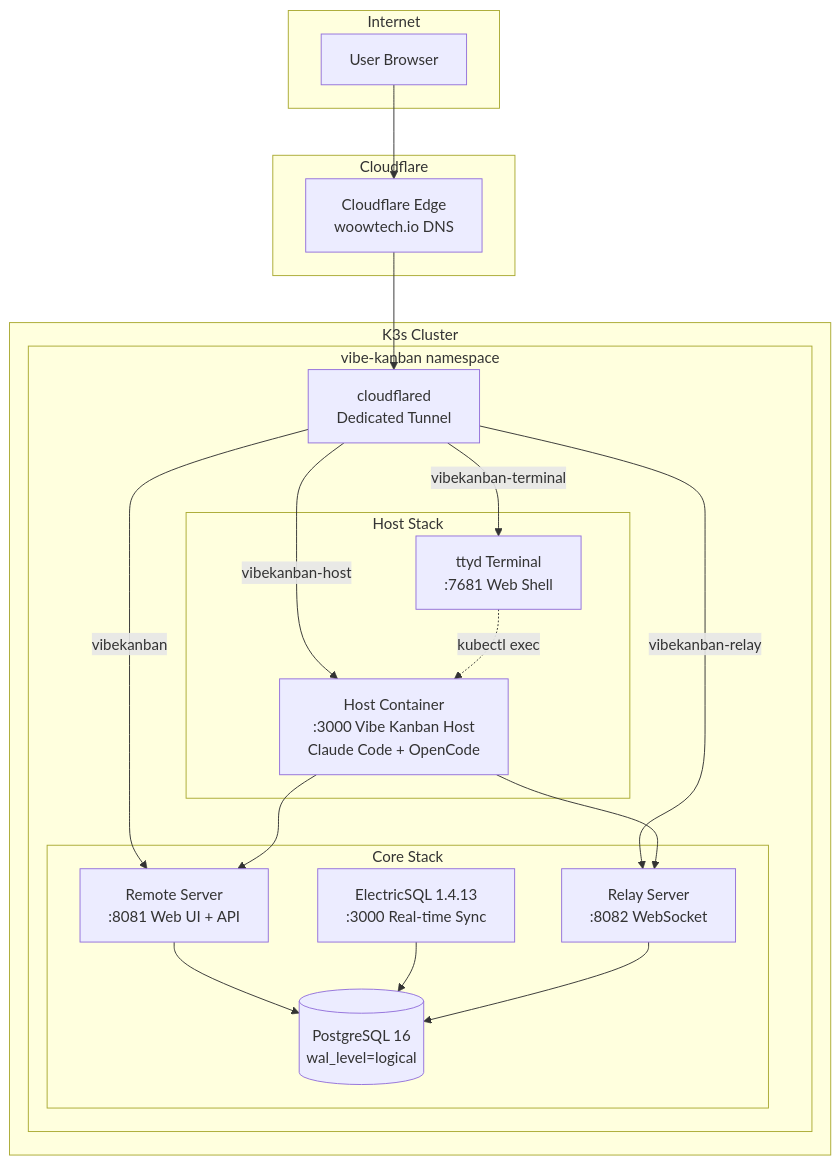
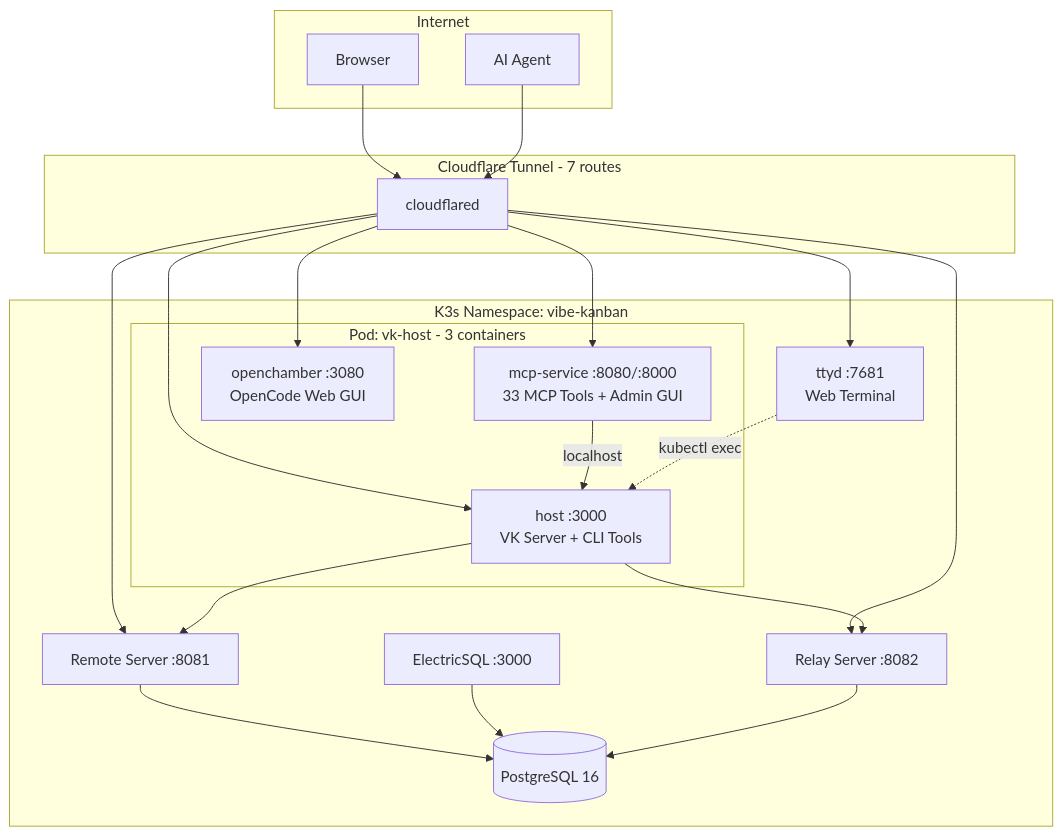
One commit to WOOWTECH/Woow_vibekanban_docker_compose_all changed the diagram in README.md. Above: the diagram before and after it, drawn with Mermaid. The commit also changed other lines of this file and 1 other file, not shown here.

First line of the commit message:
Update K3s manifests: OpenChamber sidecar, MCP service, config sharing

````diff
--- a/README.md
+++ b/README.md
@@ -80,41 +24,31 @@
 ```mermaid
 graph TB
     subgraph Internet
-        User[User Browser]
+        User[Browser]
+        Agent[AI Agent]
     end
-
-    subgraph Cloudflare
-        CF[Cloudflare Edge<br/>woowtech.io DNS]
+    subgraph CF[Cloudflare Tunnel - 7 routes]
+        CFD[cloudflared]
     end
-
-    subgraph K3s Cluster
-        subgraph vibe-kanban namespace
-            CFD[cloudflared<br/>Dedicated Tunnel]
-
-            subgraph Core Stack
-                DB[(PostgreSQL 16<br/>wal_level=logical)]
-                Remote[Remote Server<br/>:8081 Web UI + API]
-                Electric[ElectricSQL 1.4.13<br/>:3000 Real-time Sync]
-                Relay[Relay Server<br/>:8082 WebSocket]
-            end
-
-            subgraph Host Stack
-                Host[Host Container<br/>:3000 Vibe Kanban Host<br/>Claude Code + OpenCode]
-                Terminal[ttyd Terminal<br/>:7681 Web Shell]
-            end
+    subgraph K3s[K3s Namespace: vibe-kanban]
+        DB[(PostgreSQL 16)]
+        Remote[Remote Server :8081]
+        Electric[ElectricSQL :3000]
+        Relay[Relay Server :8082]
+        subgraph HostPod[Pod: vk-host - 3 containers]
+            Host[host :3000<br/>VK Server + CLI Tools]
+            MCP[mcp-service :8080/:8000<br/>33 MCP Tools + Admin GUI]
+            OC[openchamber :3080<br/>OpenCode Web GUI]
         end
+        Terminal[ttyd :7681<br/>Web Terminal]
     end
-
-    User --> CF --> CFD
-    CFD -->|vibekanban| Remote
-    CFD -->|vibekanban-relay| Relay
-    CFD -->|vibekanban-host| Host
-    CFD -->|vibekanban-terminal| Terminal
-
+    User --> CFD
+    Agent --> CFD
+    CFD --> Remote & Relay & Host & MCP & OC & Terminal
     Remote --> DB
     Electric --> DB
     Relay --> DB
-    Host --> Remote
-    Host --> Relay
+    Host --> Remote & Relay
+    MCP -->|localhost| Host
     Terminal -.->|kubectl exec| Host
 ```
````
